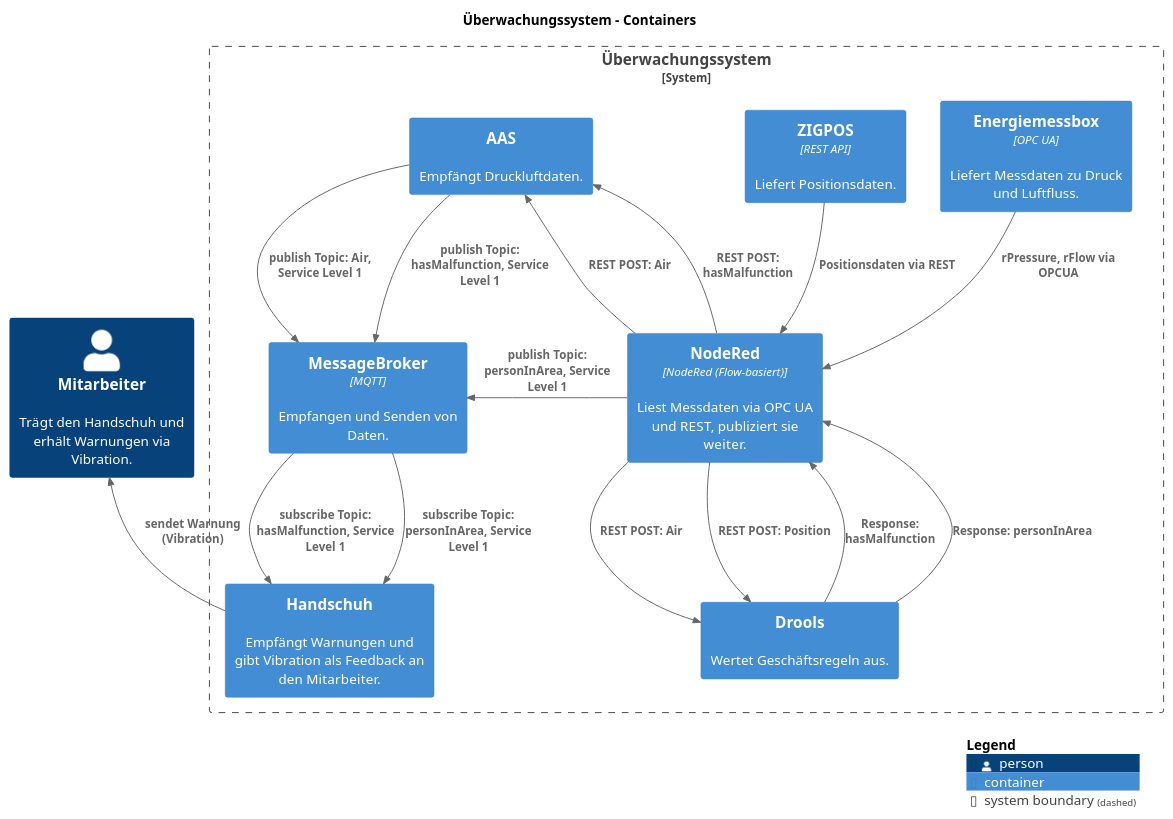
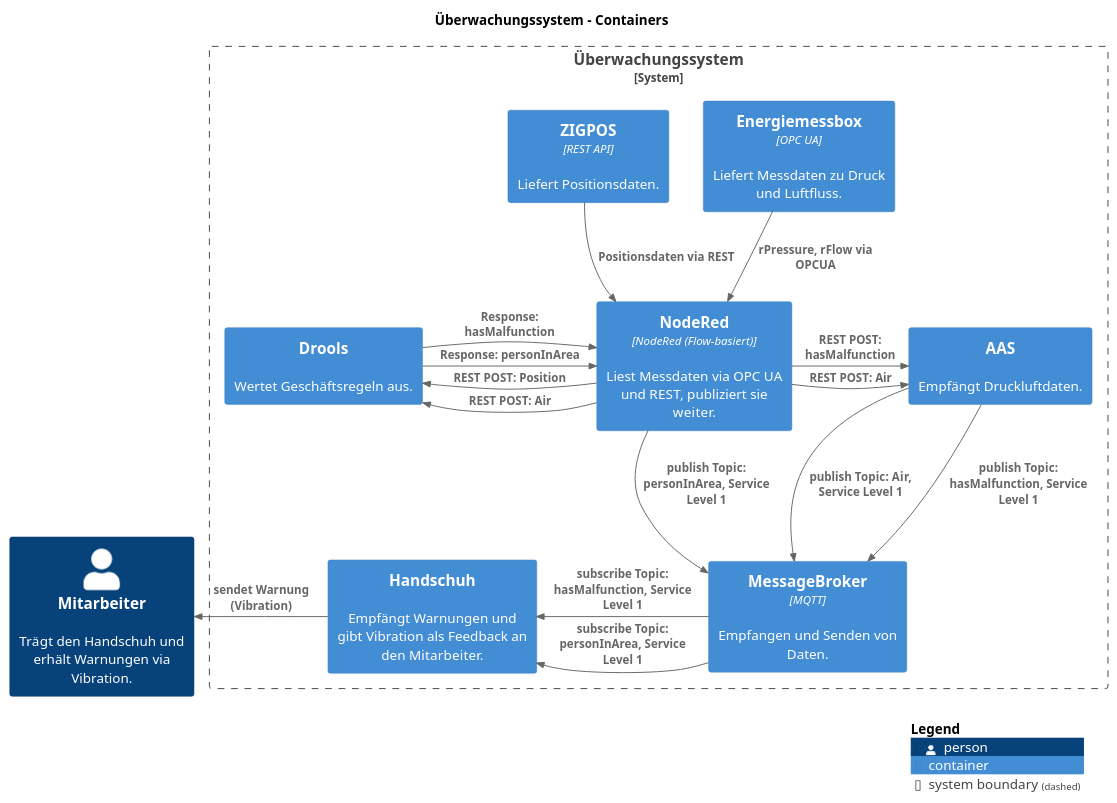
Before and after one commit to a-schulz/bpa-energiemessbox: the diagram in system_diagram.puml, drawn with PlantUML. The commit also changed 1 other file, not shown here.

Commit message:
concept: system_diagram.puml

```diff
--- a/system_diagram.puml
+++ b/system_diagram.puml
@@ -1,45 +1,45 @@
 @startuml
 set separator none
 
 title Überwachungssystem - Containers
 
 !include <C4/C4>
 !include <C4/C4_Context>
 !include <C4/C4_Container>
 
 Person(Mitarbeiter, "Mitarbeiter", $descr="Trägt den Handschuh und erhält Warnungen via Vibration.", $tags="", $link="")
 
 System_Boundary("Überwachungssystem_boundary", "Überwachungssystem", $tags="") {
   Container(Überwachungssystem.Energiemessbox, "Energiemessbox", $techn="OPC UA", $descr="Liefert Messdaten zu Druck und Luftfluss.", $tags="", $link="")
   Container(Überwachungssystem.NodeRed, "NodeRed", $techn="NodeRed (Flow-basiert)", $descr="Liest Messdaten via OPC UA und REST, publiziert sie weiter.", $tags="", $link="")
   Container(Überwachungssystem.ZIGPOS, "ZIGPOS", $techn="REST API", $descr="Liefert Positionsdaten.", $tags="", $link="")
   Container(Überwachungssystem.MessageBroker, "MessageBroker", $techn="MQTT", $descr="Empfangen und Senden von Daten.", $tags="", $link="")
   Container(Überwachungssystem.Handschuh, "Handschuh", $techn="", $descr="Empfängt Warnungen und gibt Vibration als Feedback an den Mitarbeiter.", $tags="", $link="")
   Container(Überwachungssystem.AAS, "AAS", $techn="", $descr="Empfängt Druckluftdaten.", $tags="", $link="")
   Container(Überwachungssystem.Drools, "Drools", $techn="", $descr="Wertet Geschäftsregeln aus.", $tags="", $link="")
 }
 
 Rel(Überwachungssystem.Energiemessbox, Überwachungssystem.NodeRed, "rPressure, rFlow via OPCUA", $techn="", $tags="", $link="")
 Rel(Überwachungssystem.ZIGPOS, Überwachungssystem.NodeRed, "Positionsdaten via REST", $techn="", $tags="", $link="")
 
-Rel(Überwachungssystem.NodeRed, Überwachungssystem.Drools, "REST POST: Air", $techn="", $tags="", $link="")
-Rel(Überwachungssystem.Drools, Überwachungssystem.NodeRed, "Response: hasMalfunction", $techn="", $tags="", $link="")
+Rel_L(Überwachungssystem.NodeRed, Überwachungssystem.Drools, "REST POST: Air", $techn="", $tags="", $link="")
+Rel_R(Überwachungssystem.Drools, Überwachungssystem.NodeRed, "Response: hasMalfunction", $techn="", $tags="", $link="")
 
-Rel(Überwachungssystem.NodeRed, Überwachungssystem.Drools, "REST POST: Position", $techn="", $tags="", $link="")
-Rel(Überwachungssystem.Drools, Überwachungssystem.NodeRed, "Response: personInArea", $techn="", $tags="", $link="")
+Rel_L(Überwachungssystem.NodeRed, Überwachungssystem.Drools, "REST POST: Position", $techn="", $tags="", $link="")
+Rel_R(Überwachungssystem.Drools, Überwachungssystem.NodeRed, "Response: personInArea", $techn="", $tags="", $link="")
 
-Rel_L(Überwachungssystem.NodeRed, Überwachungssystem.AAS, "REST POST: Air", $techn="", $tags="", $link="")
+Rel_R(Überwachungssystem.NodeRed, Überwachungssystem.AAS, "REST POST: Air", $techn="", $tags="", $link="")
 Rel_L(Überwachungssystem.NodeRed, Überwachungssystem.AAS, "REST POST: hasMalfunction", $techn="", $tags="", $link="")
 
-Rel_L(Überwachungssystem.NodeRed, Überwachungssystem.MessageBroker, "publish Topic: personInArea, Service Level 1", $techn="", $tags="", $link="")
+Rel(Überwachungssystem.NodeRed, Überwachungssystem.MessageBroker, "publish Topic: personInArea, Service Level 1", $techn="", $tags="", $link="")
 
 Rel(Überwachungssystem.AAS, Überwachungssystem.MessageBroker, "publish Topic: Air, Service Level 1", $techn="", $tags="", $link="")
 Rel(Überwachungssystem.AAS, Überwachungssystem.MessageBroker, "publish Topic: hasMalfunction, Service Level 1", $techn="", $tags="", $link="")
 
-Rel(Überwachungssystem.MessageBroker, Überwachungssystem.Handschuh, "subscribe Topic: hasMalfunction, Service Level 1", $techn="", $tags="", $link="")
-Rel(Überwachungssystem.MessageBroker, Überwachungssystem.Handschuh, "subscribe Topic: personInArea, Service Level 1", $techn="", $tags="", $link="")
+Rel_L(Überwachungssystem.MessageBroker, Überwachungssystem.Handschuh, "subscribe Topic: hasMalfunction, Service Level 1", $techn="", $tags="", $link="")
+Rel_L(Überwachungssystem.MessageBroker, Überwachungssystem.Handschuh, "subscribe Topic: personInArea, Service Level 1", $techn="", $tags="", $link="")
 
-Rel_U(Überwachungssystem.Handschuh, Mitarbeiter, "sendet Warnung (Vibration)", $techn="", $tags="", $link="")
+Rel_L(Überwachungssystem.Handschuh, Mitarbeiter, "sendet Warnung (Vibration)", $techn="", $tags="", $link="")
 
 SHOW_LEGEND(true)
 @enduml
```
